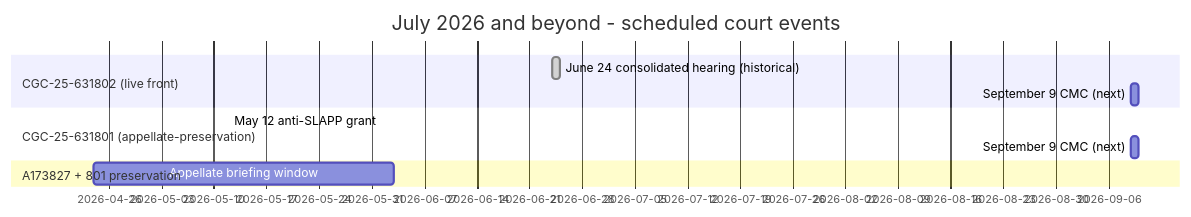
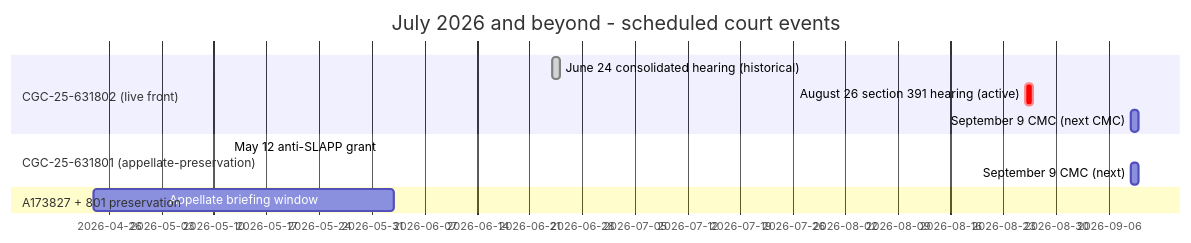
Before and after one commit to Municipal-Public-Trust-in-A-i/CSAA-ABDELHALIM-WONG-PSA-CSK: the first of 3 diagrams in README.md, drawn with Mermaid. The commit also changed other lines of this file and 31 other files, not shown here.

````diff
--- a/README.md
+++ b/README.md
@@ -300,13 +330,14 @@
 ```mermaid
 gantt
     title July 2026 and beyond - scheduled court events
     dateFormat YYYY-MM-DD
     section CGC-25-631802 (live front)
     June 24 consolidated hearing (historical) :done, m802b, 2026-06-24, 1d
-    September 9 CMC (next)           :m802c, 2026-09-09, 1d
+    August 26 section 391 hearing (active) :crit, m802a, 2026-08-26, 1d
+    September 9 CMC (next CMC)       :m802c, 2026-09-09, 1d
     section CGC-25-631801 (appellate-preservation)
     May 12 anti-SLAPP grant          :done, m801x, 2026-05-12, 0d
     September 9 CMC (next)           :m801c, 2026-09-09, 1d
     section A173827 + 801 preservation
     Appellate briefing window        :a173, 2026-04-24, 40d
 ```
````
